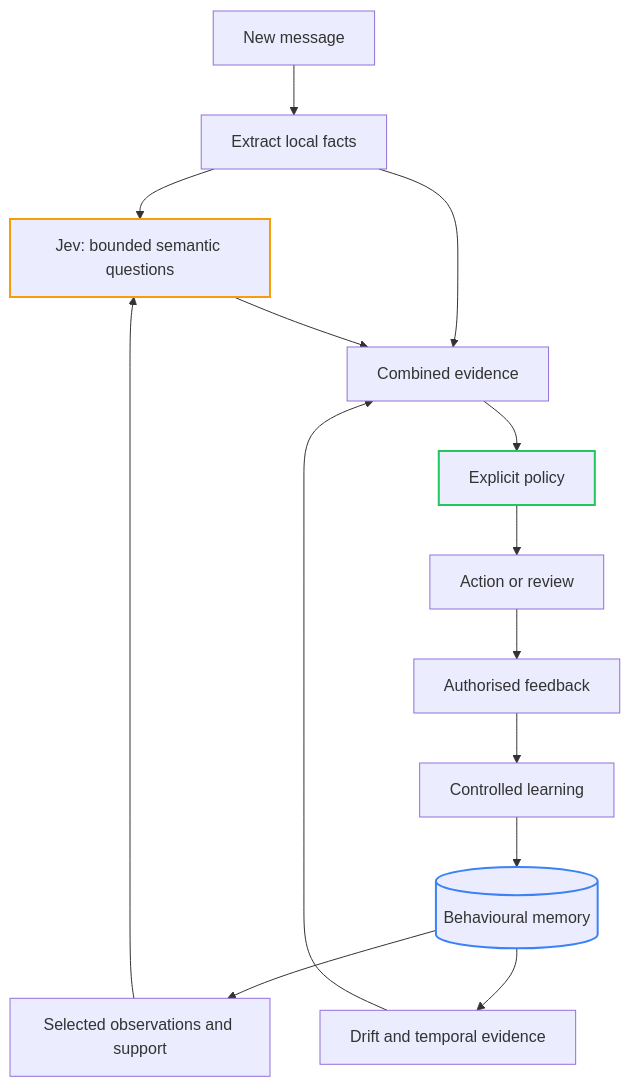
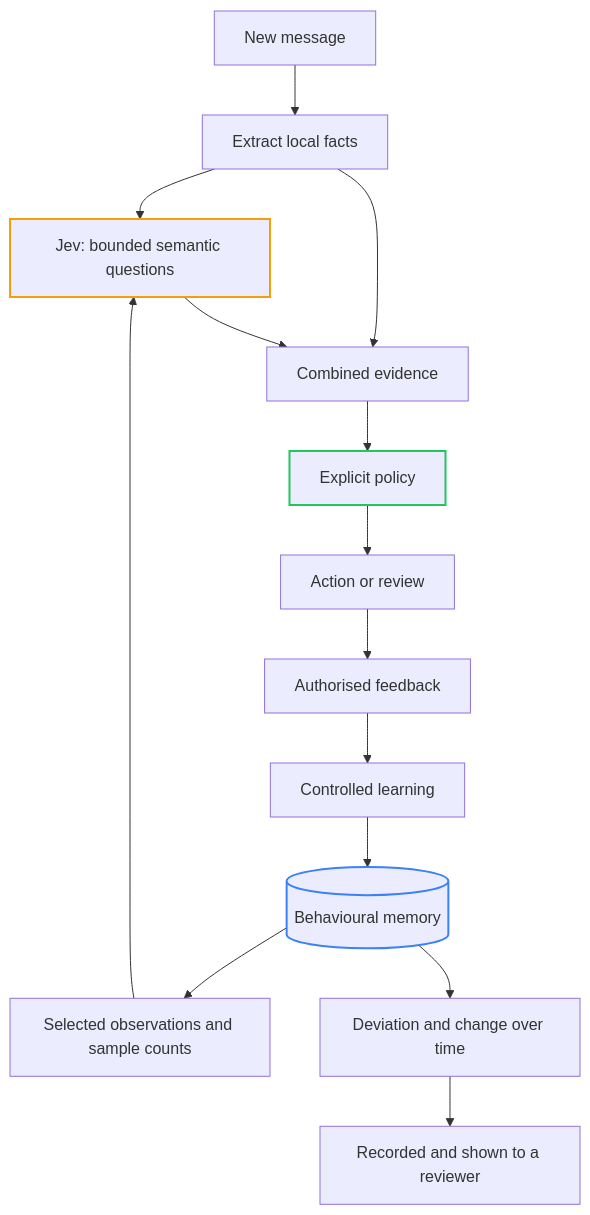
Before and after one commit to scottgal/stylomail: the diagram in docs/blog/stylomail-behavioural-inference-with-jev.md, drawn with Mermaid. The commit also changed other lines of this file and 20 other files, not shown here.

````diff
--- a/docs/blog/stylomail-behavioural-inference-with-jev.md
+++ b/docs/blog/stylomail-behavioural-inference-with-jev.md
@@ -122,20 +393,20 @@
 ```mermaid
 flowchart TD
     M[New message] --> X[Extract local facts]
     X --> J[Jev: bounded semantic questions]
-    H[(Behavioural memory)] --> C[Selected observations and support]
+    H[(Behavioural memory)] --> C[Selected observations and sample counts]
     C --> J
     X --> E[Combined evidence]
     J --> E
-    H --> T[Drift and temporal evidence]
-    T --> E
+    H --> T[Deviation and change over time]
+    T --> R[Recorded and shown to a reviewer]
     E --> P[Explicit policy]
     P --> A[Action or review]
     A --> F[Authorised feedback]
     F --> G[Controlled learning]
     G --> H
 
     style J stroke:#f59e0b,stroke-width:2px
     style H stroke:#3b82f6,stroke-width:2px
     style P stroke:#22c55e,stroke-width:2px
 ```
````
